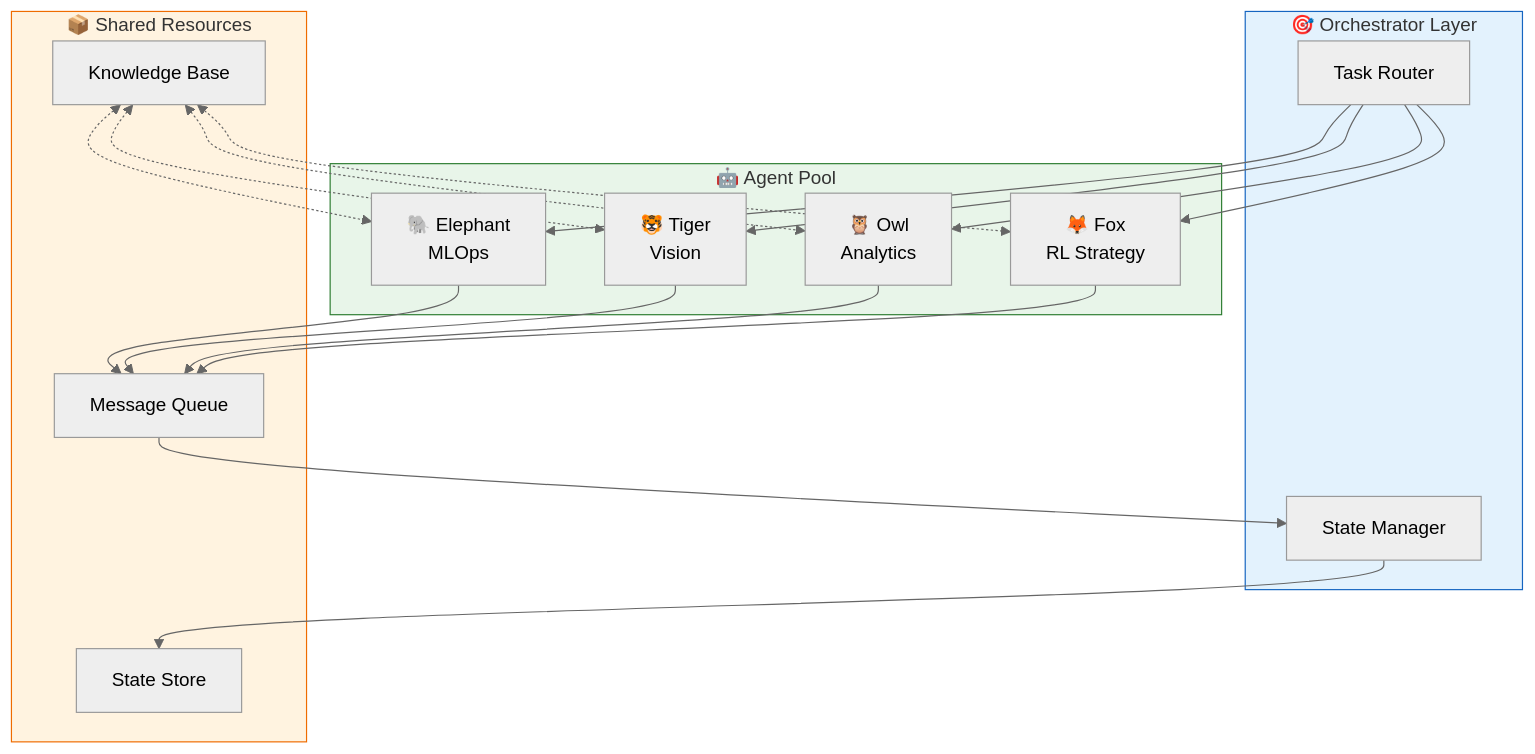
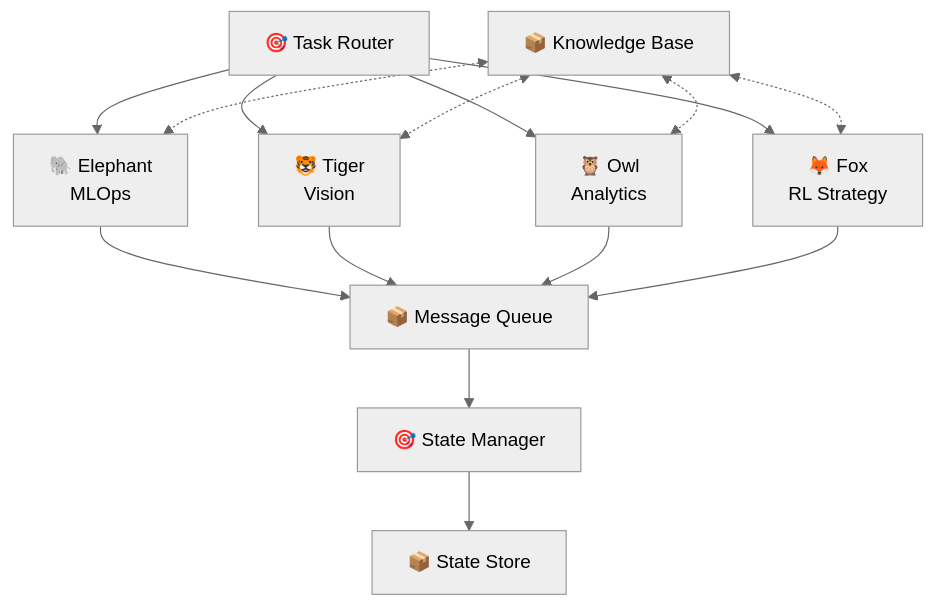
One commit to akv004/the-ai-jungle changed the first of 2 diagrams in chapter9.qmd. Above: the diagram before and after it, drawn with Mermaid (neutral theme). The commit also changed other lines of this file and 1 other file, not shown here.

Commit message:
feat: expand chapter 10 with a digital ecosystem flowchart, MLOps/data engineering concepts, and a Python genetic algorithm example, while removing a flowchart from chapter 9.

````diff
--- a/chapter9.qmd
+++ b/chapter9.qmd
@@ -69,31 +69,21 @@
 ```{mermaid}
 %%| fig-cap: "Multi-Agent Communication Flow in the Jungle"
 flowchart TB
-    subgraph Orchestrator["🎯 Orchestrator Layer"]
-        O1["Task Router"]
-        O2["State Manager"]
-    end
+    O1["🎯 Task Router"]
+    O2["🎯 State Manager"]
     
-    subgraph Agents["🤖 Agent Pool"]
-        A1["🐘 Elephant<br/>MLOps"]
-        A2["🐯 Tiger<br/>Vision"]
-        A3["🦉 Owl<br/>Analytics"]
-        A4["🦊 Fox<br/>RL Strategy"]
-    end
+    A1["🐘 Elephant<br/>MLOps"]
+    A2["🐯 Tiger<br/>Vision"]
+    A3["🦉 Owl<br/>Analytics"]
+    A4["🦊 Fox<br/>RL Strategy"]
     
-    subgraph Shared["📦 Shared Resources"]
-        S1["Knowledge Base"]
-        S2["Message Queue"]
-        S3["State Store"]
-    end
+    S1["📦 Knowledge Base"]
+    S2["📦 Message Queue"]
+    S3["📦 State Store"]
     
     O1 --> A1 & A2 & A3 & A4
     A1 & A2 & A3 & A4 --> S2
     S2 --> O2
     O2 --> S3
     S1 <-.-> A1 & A2 & A3 & A4
-    
-    style Orchestrator fill:#e3f2fd,stroke:#1565c0
-    style Agents fill:#e8f5e9,stroke:#2e7d32
-    style Shared fill:#fff3e0,stroke:#ef6c00
 ```
````
